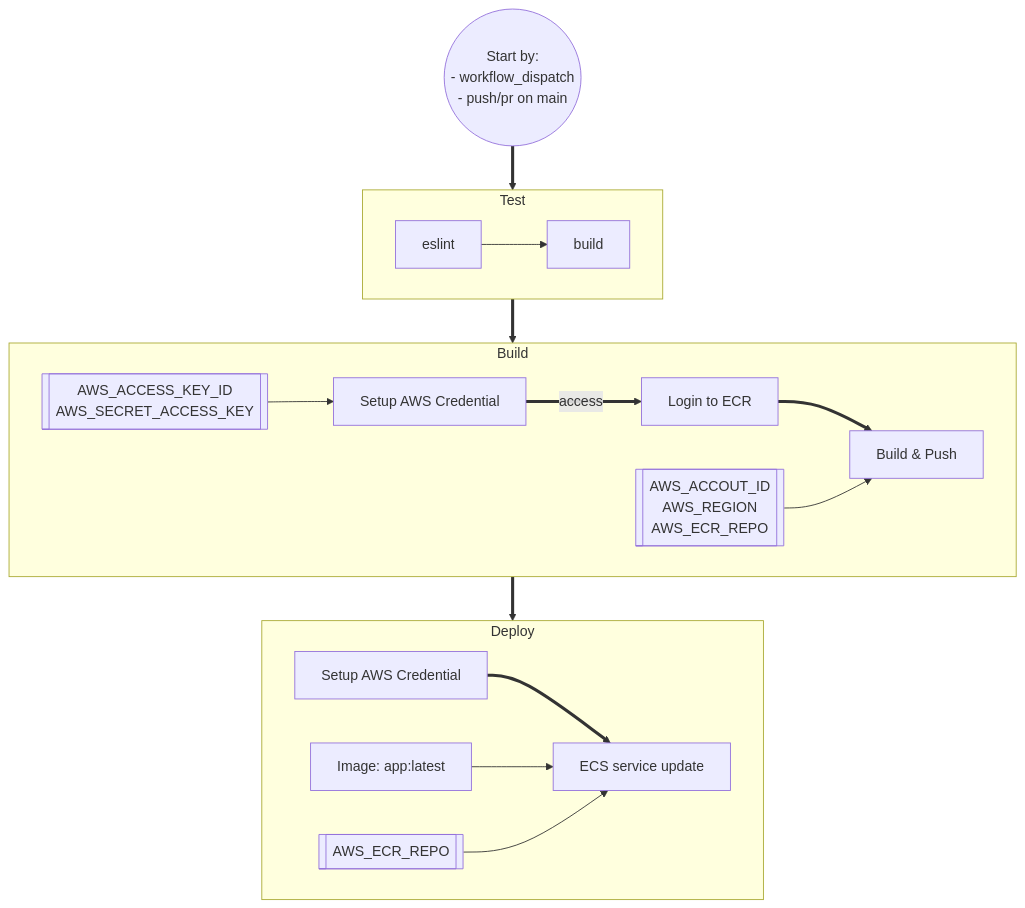
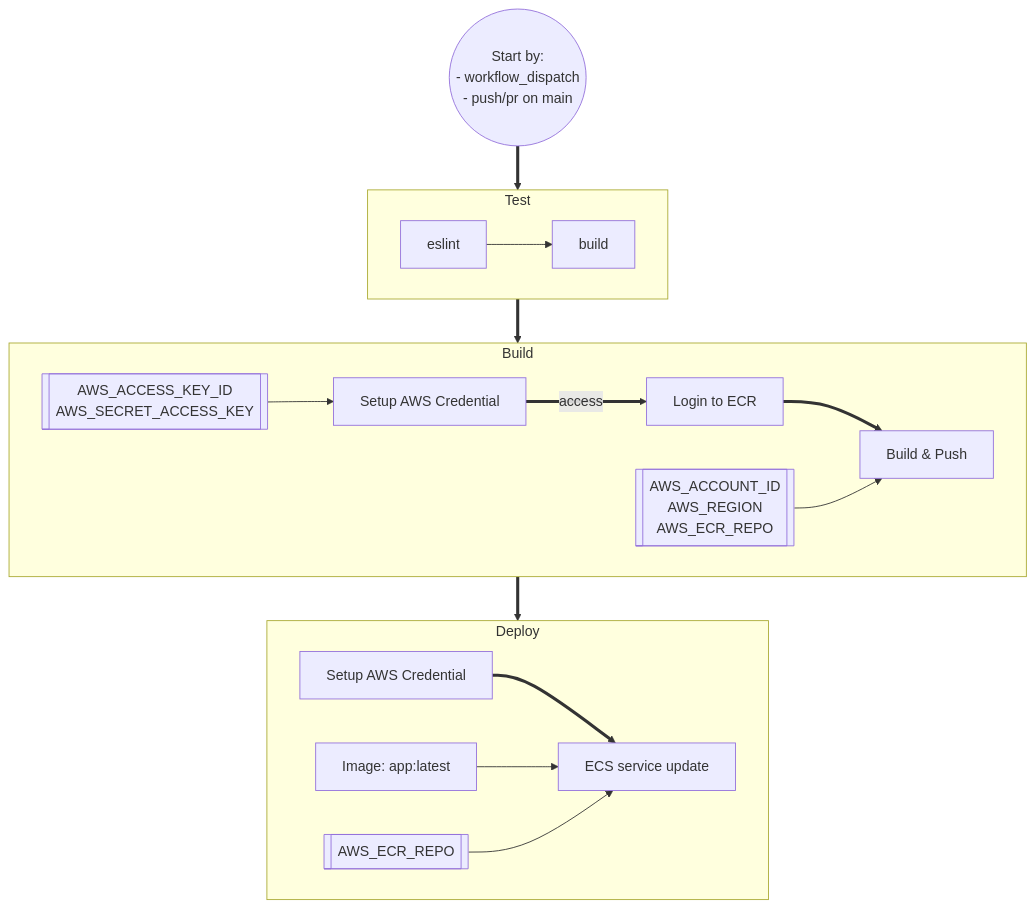
One commit to Wangmz-1211/deploy_nextjs_on_ecs changed the second of 2 diagrams in README.md. Above: the diagram before and after it, drawn with Mermaid.

Commit message:
📝 fix typo

````diff
--- a/README.md
+++ b/README.md
@@ -75,22 +75,22 @@
 ```mermaid
 graph TD
 	Start((Start by:<br>- workflow_dispatch<br>- push/pr on main))
 	Start ==> Test
 	subgraph Test
 		eslint --> build
 	end
 	Test ==> Build
 	subgraph Build
 		AWS[Setup AWS Credential]
 		secret_AWS[[AWS_ACCESS_KEY_ID<br>AWS_SECRET_ACCESS_KEY]] --> AWS
 		AWS ==access==> ECR[Login to ECR]
 		ECR ==> Docker[Build & Push]
-		ECR_secret[[AWS_ACCOUT_ID<br>AWS_REGION<br>AWS_ECR_REPO]] --> Docker
+		ECR_secret[[AWS_ACCOUNT_ID<br>AWS_REGION<br>AWS_ECR_REPO]] --> Docker
 	end
 	Build ==> Deploy
 	subgraph Deploy
 		AWS_setup[Setup AWS Credential] ==> ECS[ECS service update]
 		ECR_image[Image: app:latest] --> ECS
 		ECR_sec[[AWS_ECR_REPO]] --> ECS
 	end
 ```
````
